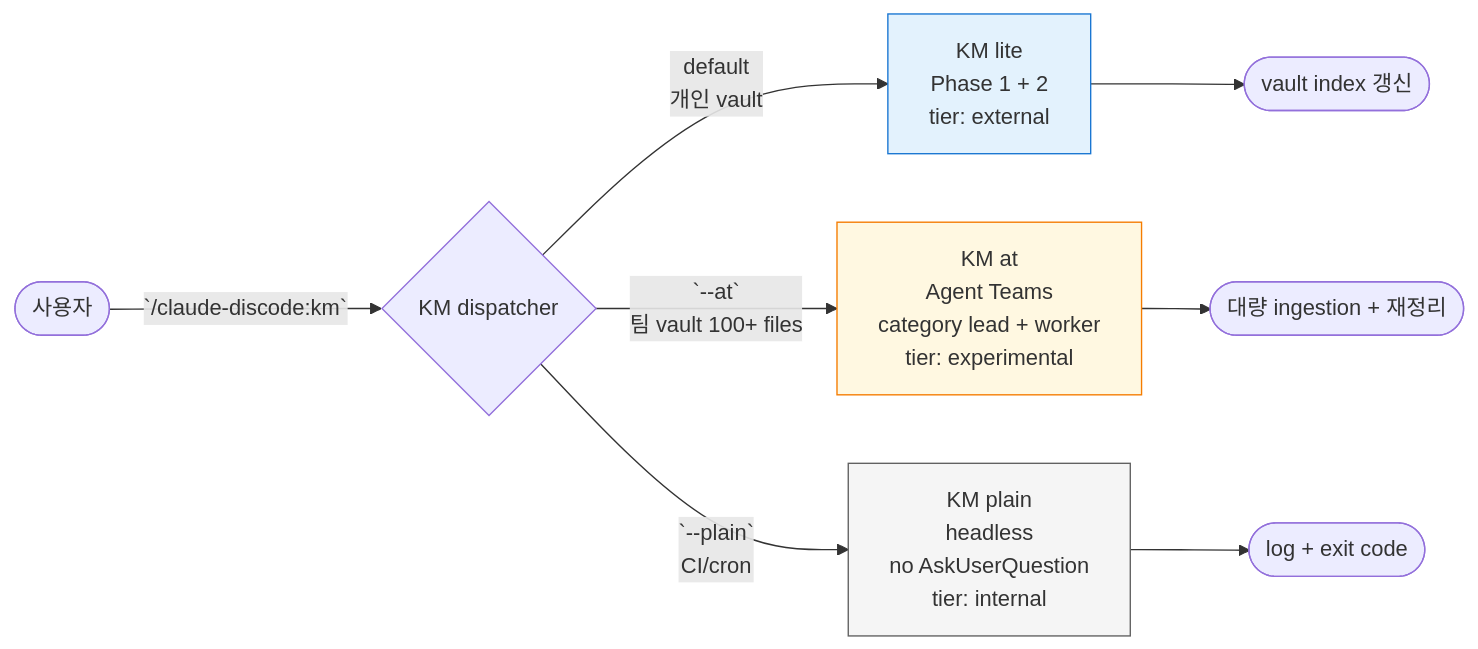
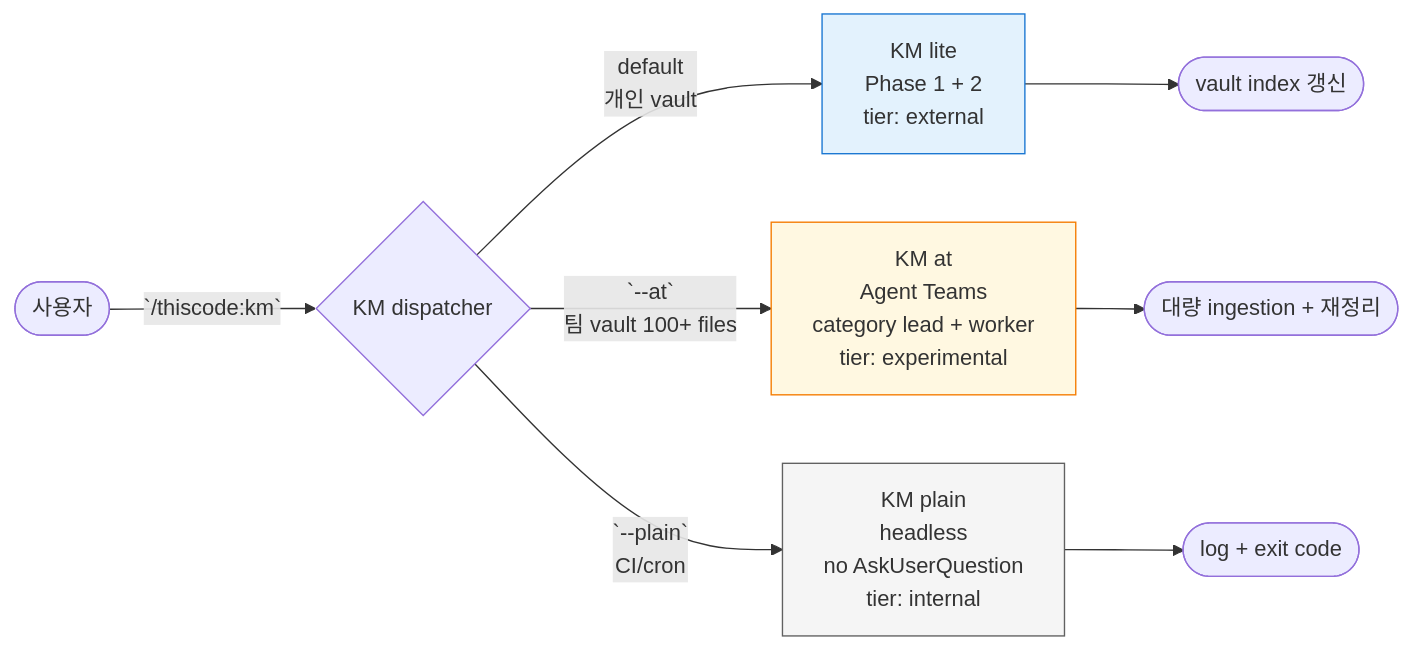
One commit to treylom/claude-discode changed the second of 6 diagrams in docs/ARCHITECTURE.md. Above: the diagram before and after it, drawn with Mermaid. The commit also changed other lines of this file and 134 other files, not shown here.

First line of the commit message:
rename: claude-discode → ThisCode (재경님 결정 A, 2026-05-16, pre-launch 풀 rename)

````diff
--- a/docs/ARCHITECTURE.md
+++ b/docs/ARCHITECTURE.md
@@ -41,19 +41,19 @@
 ```mermaid
 flowchart LR
-    User([사용자]) -->|`/claude-discode:km`| Disp{KM dispatcher}
+    User([사용자]) -->|`/thiscode:km`| Disp{KM dispatcher}
 
     Disp -->|default<br/>개인 vault| Lite[KM lite<br/>Phase 1 + 2<br/>tier: external]
     Disp -->|`--at`<br/>팀 vault 100+ files| AT[KM at<br/>Agent Teams<br/>category lead + worker<br/>tier: experimental]
     Disp -->|`--plain`<br/>CI/cron| Plain[KM plain<br/>headless<br/>no AskUserQuestion<br/>tier: internal]
 
     Lite --> Out1([vault index 갱신])
     AT --> Out2([대량 ingestion + 재정리])
     Plain --> Out3([log + exit code])
 
     classDef lite fill:#e3f2fd,stroke:#1976d2
     classDef at fill:#fff8e1,stroke:#f57c00
     classDef plain fill:#f5f5f5,stroke:#616161
     class Lite lite
     class AT at
     class Plain plain
 ```
````
